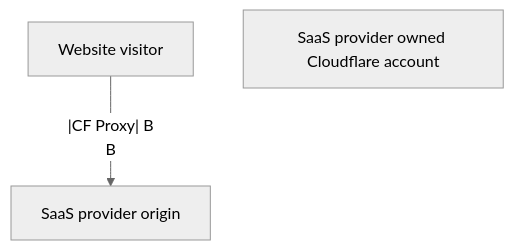
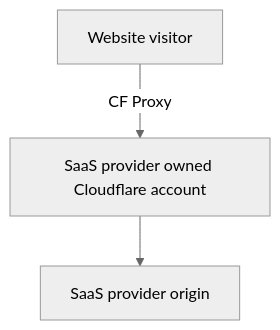
One commit to cloudflare/cloudflare-docs changed the first of 2 diagrams in content/cloudflare-for-platforms/cloudflare-for-saas/saas-customers/how-it-works.md. Above: the diagram before and after it, drawn with Mermaid (neutral theme).

Commit message:
Fixed error

````diff
--- a/content/cloudflare-for-platforms/cloudflare-for-saas/saas-customers/how-it-works.md
+++ b/content/cloudflare-for-platforms/cloudflare-for-saas/saas-customers/how-it-works.md
@@ -17,11 +17,11 @@
 ```mermaid
 graph TD
 accTitle: Your zone using a SaaS provider, but without O2O
 
 A[Website visitor]
 B[SaaS provider owned Cloudflare account]
 C[SaaS provider origin]
 
-A --|CF Proxy| B
+A -->|CF Proxy| B
 B --> C
 ```
````
